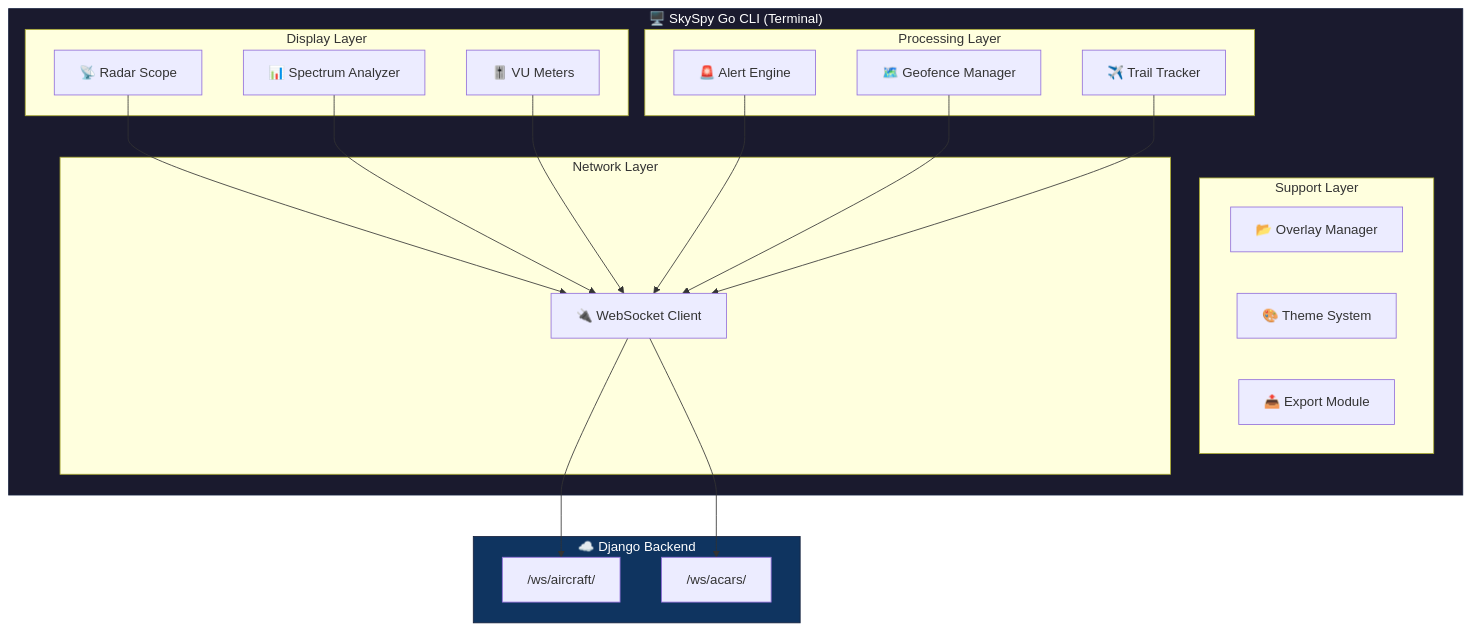
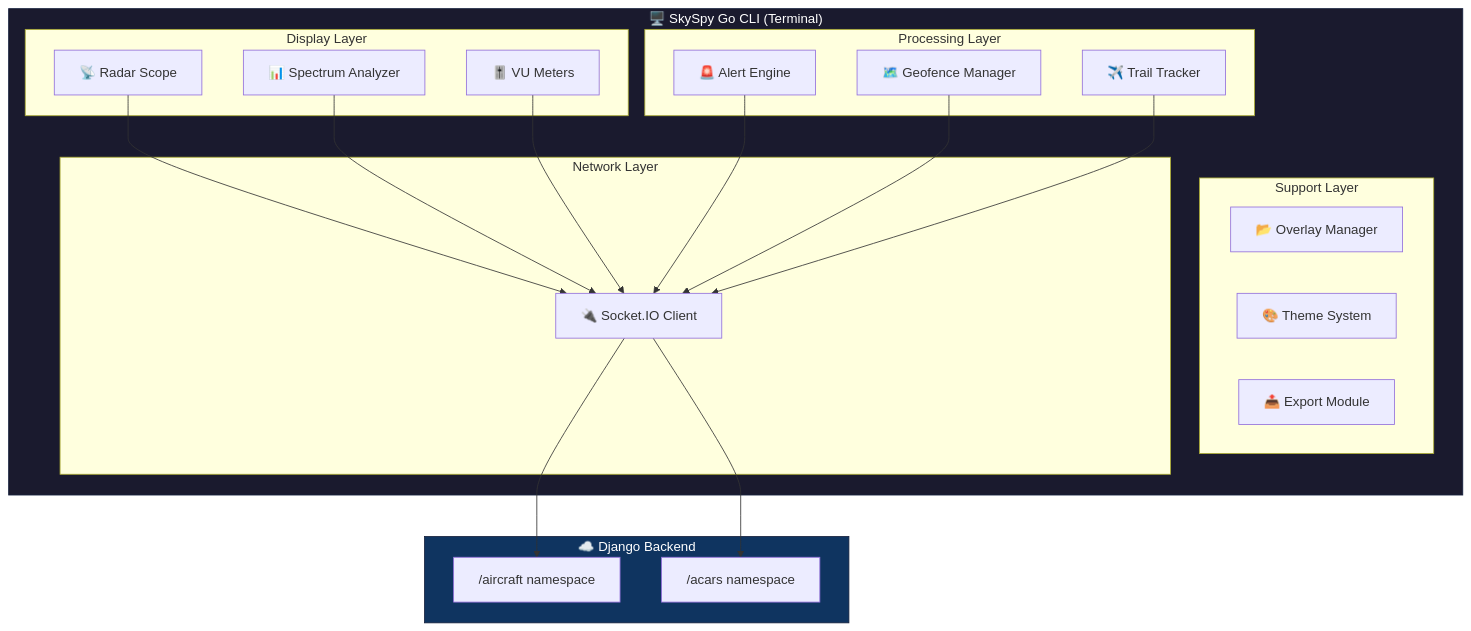
The first of 5 diagrams in docs/07-go-services.md (CHA0S-CORP/SkySpy), drawn with Mermaid before and after one commit. The commit also changed other lines of this file and 66 other files, not shown here.

````diff
--- a/docs/07-go-services.md
+++ b/docs/07-go-services.md
@@ -80,43 +80,43 @@
 ```mermaid
 graph TB
     subgraph CLI["🖥️ SkySpy Go CLI (Terminal)"]
         subgraph Display["Display Layer"]
             RS[📡 Radar Scope]
             SA[📊 Spectrum Analyzer]
             VU[🎚️ VU Meters]
         end
 
         subgraph Processing["Processing Layer"]
             AE[🚨 Alert Engine]
             GF[🗺️ Geofence Manager]
             TT[✈️ Trail Tracker]
         end
 
         subgraph Support["Support Layer"]
             OM[📂 Overlay Manager]
             TS[🎨 Theme System]
             EX[📤 Export Module]
         end
 
         subgraph Network["Network Layer"]
-            WS[🔌 WebSocket Client]
+            SIO[🔌 Socket.IO Client]
         end
     end
 
     subgraph Backend["☁️ Django Backend"]
-        AC["/ws/aircraft/"]
-        AR["/ws/acars/"]
+        AC["/aircraft namespace"]
+        AR["/acars namespace"]
     end
 
-    RS --> WS
-    SA --> WS
-    VU --> WS
-    AE --> WS
-    GF --> WS
-    TT --> WS
-    WS --> AC
-    WS --> AR
+    RS --> SIO
+    SA --> SIO
+    VU --> SIO
+    AE --> SIO
+    GF --> SIO
+    TT --> SIO
+    SIO --> AC
+    SIO --> AR
 
     style CLI fill:#1a1a2e,stroke:#16213e,color:#fff
     style Backend fill:#0f3460,stroke:#16213e,color:#fff
 ```
````
